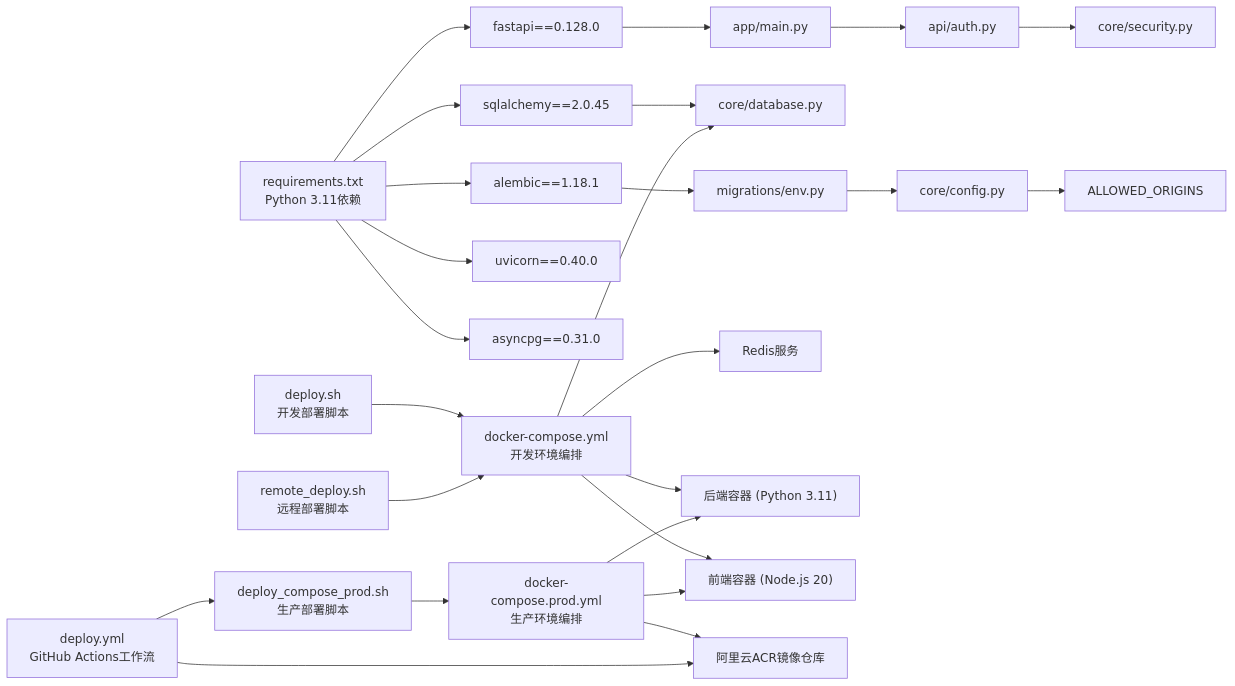
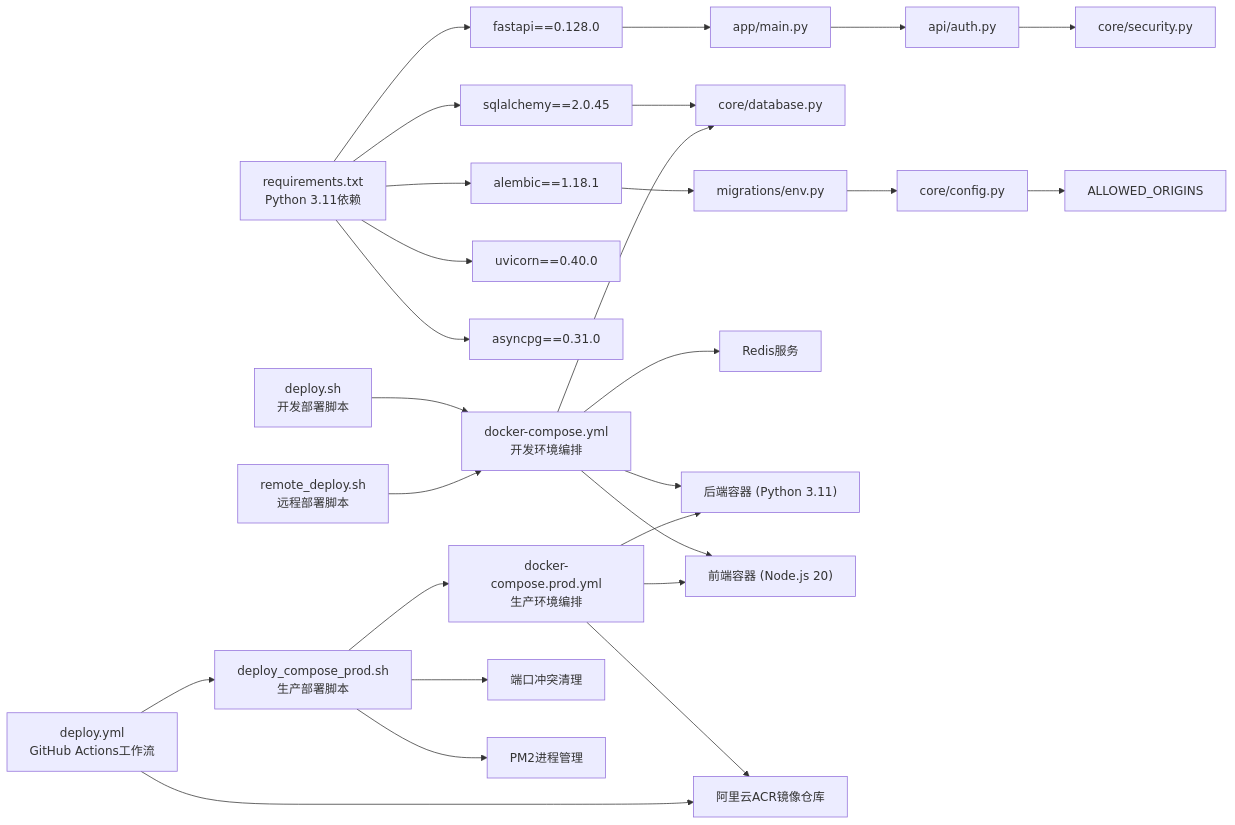
One commit to breeze-lyf/ai-stock-advisor changed the sixth of 6 diagrams in .qoder/repowiki/zh/content/部署与运维/生产环境部署.md. Above: the diagram before and after it, drawn with Mermaid. The commit also changed other lines of this file and 169 other files, not shown here.

````diff
--- a/.qoder/repowiki/zh/content/部署与运维/生产环境部署.md
+++ b/.qoder/repowiki/zh/content/部署与运维/生产环境部署.md
@@ -374,27 +453,29 @@
 ```mermaid
 graph LR
 Req["requirements.txt<br/>Python 3.11依赖"] --> FastAPI["fastapi==0.128.0"]
 Req --> SQLA["sqlalchemy==2.0.45"]
 Req --> Alembic["alembic==1.18.1"]
 Req --> Uvicorn["uvicorn==0.40.0"]
 Req --> AsyncPg["asyncpg==0.31.0"]
 FastAPI --> AppMain["app/main.py"]
 SQLA --> DB["core/database.py"]
 Alembic --> Env["migrations/env.py"]
 Env --> Cfg["core/config.py"]
 AppMain --> Auth["api/auth.py"]
 Auth --> Sec["core/security.py"]
 Cfg --> EnvOrigins["ALLOWED_ORIGINS"]
 DC["docker-compose.yml<br/>开发环境编排"] --> DB
 DC --> Redis["Redis服务"]
 DC --> Backend["后端容器 (Python 3.11)"]
 DC --> Frontend["前端容器 (Node.js 20)"]
 DCP["docker-compose.prod.yml<br/>生产环境编排"] --> ACR["阿里云ACR镜像仓库"]
 DCP --> Backend
 DCP --> Frontend
 Deploy["deploy.sh<br/>开发部署脚本"] --> DC
 RemoteDeploy["remote_deploy.sh<br/>远程部署脚本"] --> DC
 PCDeploy["deploy_compose_prod.sh<br/>生产部署脚本"] --> DCP
+PCDeploy --> PORTCLEAN["端口冲突清理"]
+PCDeploy --> PM2MGR["PM2进程管理"]
 GHA["deploy.yml<br/>GitHub Actions工作流"] --> PCDeploy
 GHA --> ACR
 ```
````
